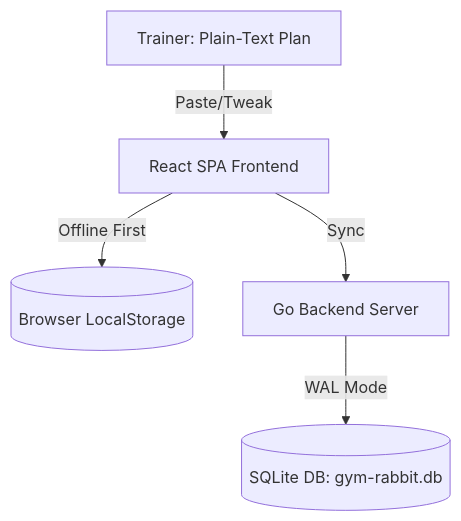
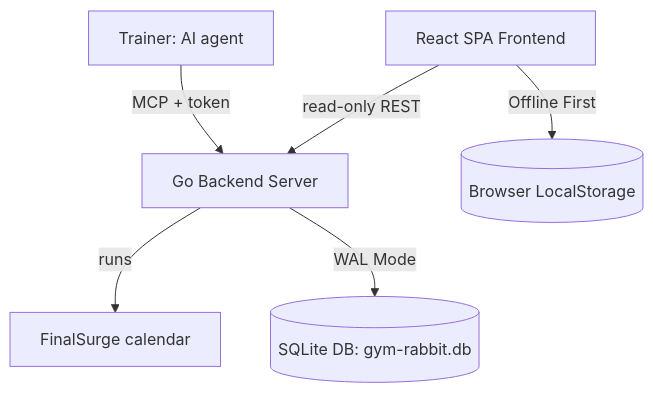
The diagram in GEMINI.md (jakubbanas/gym-rabbit), drawn with Mermaid before and after one commit. The commit also changed other lines of this file and 21 other files, not shown here.

````diff
--- a/GEMINI.md
+++ b/GEMINI.md
@@ -13,7 +13,8 @@
 ```mermaid
 graph TD
-    Trainer[Trainer: Plain-Text Plan] -->|Paste/Tweak| WebApp[React SPA Frontend]
+    Trainer[Trainer: AI agent] -->|MCP + token| GoAPI[Go Backend Server]
+    GoAPI -->|runs| FinalSurge[FinalSurge calendar]
+    GoAPI -->|WAL Mode| SQLite[(SQLite DB: gym-rabbit.db)]
+    WebApp[React SPA Frontend] -->|read-only REST| GoAPI
     WebApp -->|Offline First| LocalStorage[(Browser LocalStorage)]
-    WebApp -->|Sync| GoAPI[Go Backend Server]
-    GoAPI -->|WAL Mode| SQLite[(SQLite DB: gym-rabbit.db)]
 ```
````
